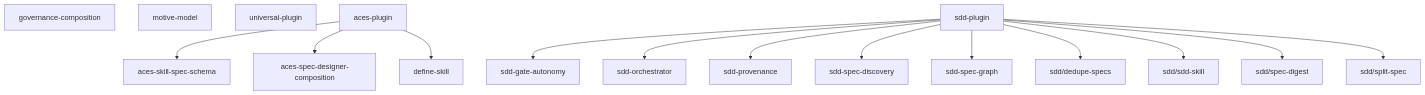
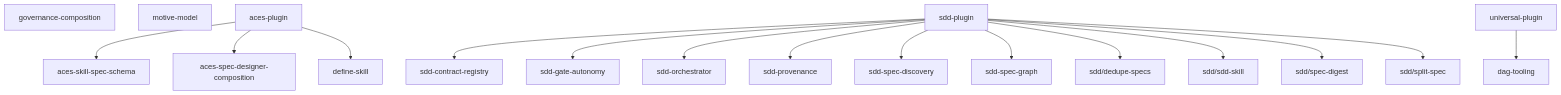
One commit to cyberuni/cyberplace changed the second of 2 diagrams in artifacts/specs/graph.md. Above: the diagram before and after it, drawn with Mermaid. The commit also changed other lines of this file and 7 other files, not shown here.

First line of the commit message:
refactor(specs): restructure universal-plugin as a project and relocate the SDD registry

````diff
--- a/artifacts/specs/graph.md
+++ b/artifacts/specs/graph.md
@@ -31,18 +33,19 @@
 ```mermaid
 graph TD
   governance-composition
   motive-model
-  universal-plugin
   aces-plugin --> aces-skill-spec-schema
   aces-plugin --> aces-spec-designer-composition
   aces-plugin --> define-skill
+  sdd-plugin --> sdd-contract-registry
   sdd-plugin --> sdd-gate-autonomy
   sdd-plugin --> sdd-orchestrator
   sdd-plugin --> sdd-provenance
   sdd-plugin --> sdd-spec-discovery
   sdd-plugin --> sdd-spec-graph
   sdd-plugin --> sdd/dedupe-specs
   sdd-plugin --> sdd/sdd-skill
   sdd-plugin --> sdd/spec-digest
   sdd-plugin --> sdd/split-spec
+  universal-plugin --> dag-tooling
 ```
````
